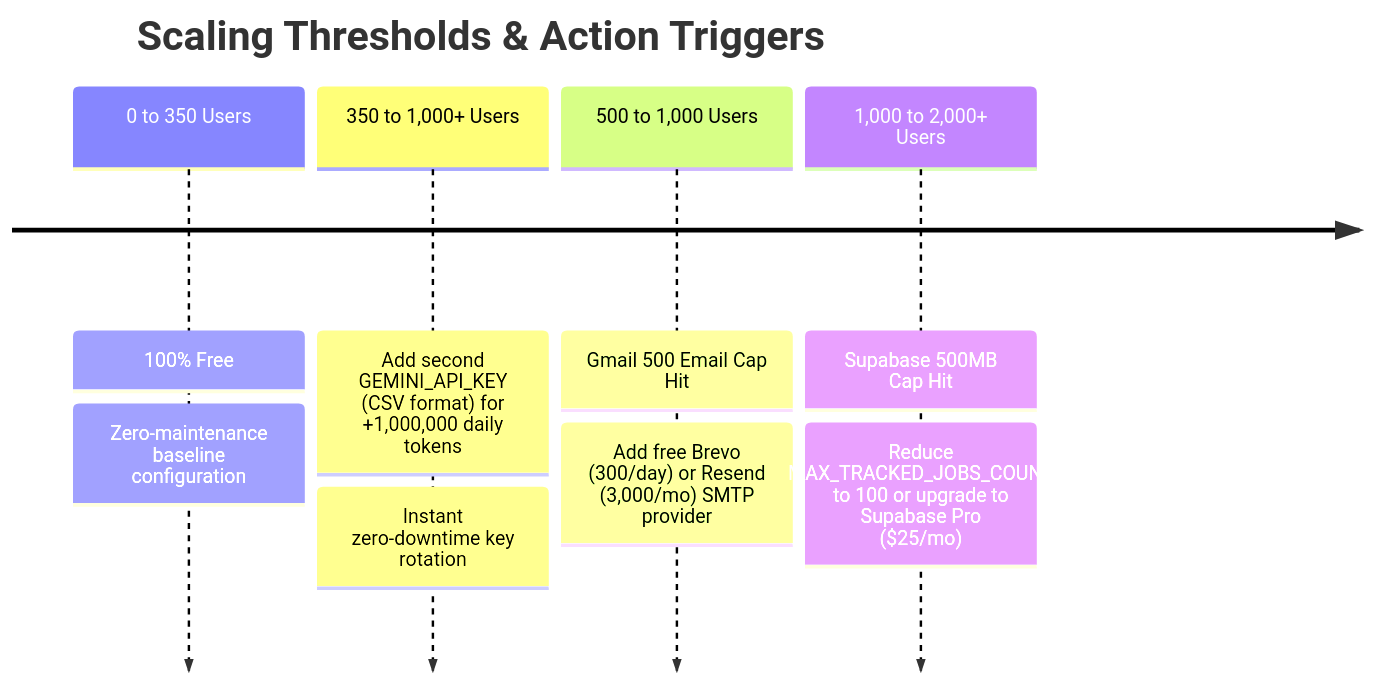
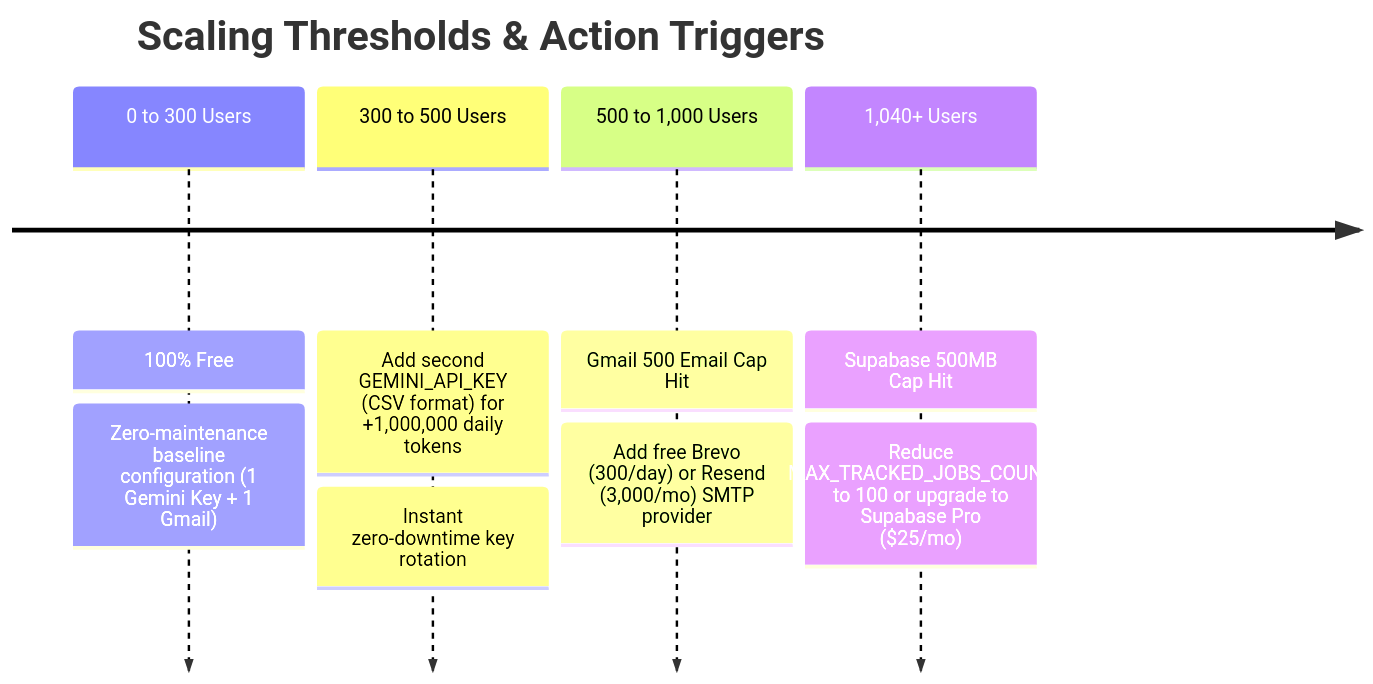
One commit to tanish-jain-225/job-hunter changed the second of 2 diagrams in docs/METRICS.md. Above: the diagram before and after it, drawn with Mermaid. The commit also changed other lines of this file and 5 other files, not shown here.

Commit message:
docs: add project readiness, architecture, deployment, and operational metrics documentation

````diff
--- a/docs/METRICS.md
+++ b/docs/METRICS.md
@@ -112,12 +125,12 @@
 ```mermaid
 timeline
     title Scaling Thresholds & Action Triggers
-    0 to 350 Users : 100% Free
-                   : Zero-maintenance baseline configuration
-    350 to 1,000+ Users : Add second GEMINI_API_KEY (CSV format) for +1,000,000 daily tokens
-                        : Instant zero-downtime key rotation
+    0 to 300 Users : 100% Free
+                   : Zero-maintenance baseline configuration (1 Gemini Key + 1 Gmail)
+    300 to 500 Users : Add second GEMINI_API_KEY (CSV format) for +1,000,000 daily tokens
+                     : Instant zero-downtime key rotation
     500 to 1,000 Users : Gmail 500 Email Cap Hit
                        : Add free Brevo (300/day) or Resend (3,000/mo) SMTP provider
-    1,000 to 2,000+ Users : Supabase 500MB Cap Hit
-                          : Reduce MAX_TRACKED_JOBS_COUNT to 100 or upgrade to Supabase Pro ($25/mo)
+    1,040+ Users : Supabase 500MB Cap Hit
+                 : Reduce MAX_TRACKED_JOBS_COUNT to 100 or upgrade to Supabase Pro ($25/mo)
 ```
````
